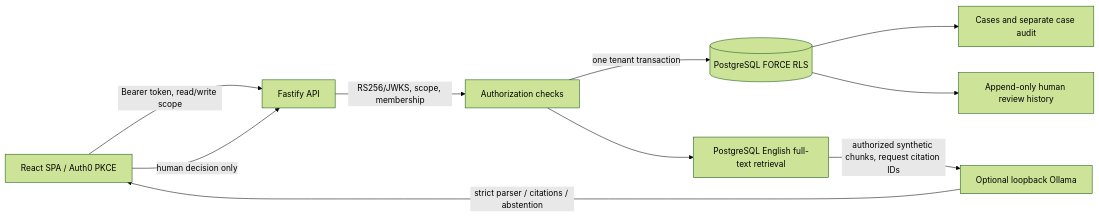
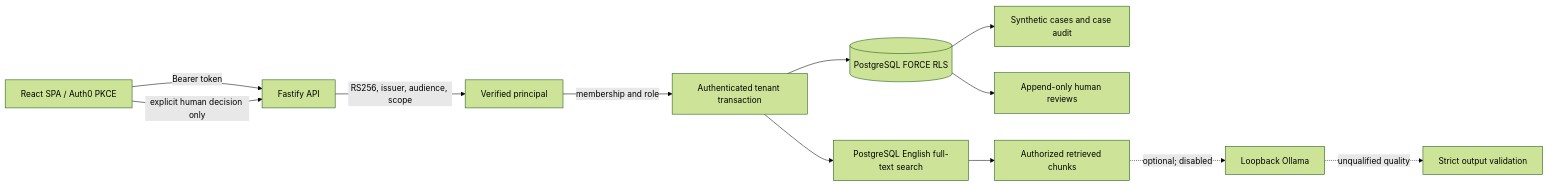
Before and after one commit to AnkurSingh16/aegis-ai-architect-portfolio: the diagram in docs/MVP-COMPLETION-AUDIT.md, drawn with Mermaid (forest theme). The commit also changed other lines of this file and 3 other files, not shown here.

````diff
--- a/docs/MVP-COMPLETION-AUDIT.md
+++ b/docs/MVP-COMPLETION-AUDIT.md
@@ -32,12 +68,14 @@
 ```mermaid
 flowchart LR
-  Browser[React SPA / Auth0 PKCE] -->|Bearer token, read/write scope| API[Fastify API]
-  API -->|RS256/JWKS, scope, membership| Auth[Authorization checks]
-  Auth -->|one tenant transaction| RLS[(PostgreSQL FORCE RLS)]
-  RLS --> Cases[Cases and separate case audit]
-  RLS --> Reviews[Append-only human review history]
-  Auth --> Retrieval[PostgreSQL English full-text retrieval]
-  Retrieval -->|authorized synthetic chunks, request citation IDs| AI[Optional loopback Ollama]
-  AI -->|strict parser / citations / abstention| Browser
-  Browser -->|human decision only| API
+  Browser[React SPA / Auth0 PKCE] -->|Bearer token| API[Fastify API]
+  API -->|RS256, issuer, audience, scope| Auth[Verified principal]
+  Auth -->|membership and role| Tx[Authenticated tenant transaction]
+  Tx --> RLS[(PostgreSQL FORCE RLS)]
+  RLS --> Cases[Synthetic cases and case audit]
+  RLS --> Reviews[Append-only human reviews]
+  Tx --> FTS[PostgreSQL English full-text search]
+  FTS --> Evidence[Authorized retrieved chunks]
+  Evidence -. optional; disabled .-> Model[Loopback Ollama]
+  Model -. unqualified quality .-> Parser[Strict output validation]
+  Browser -->|explicit human decision only| API
 ```
````
